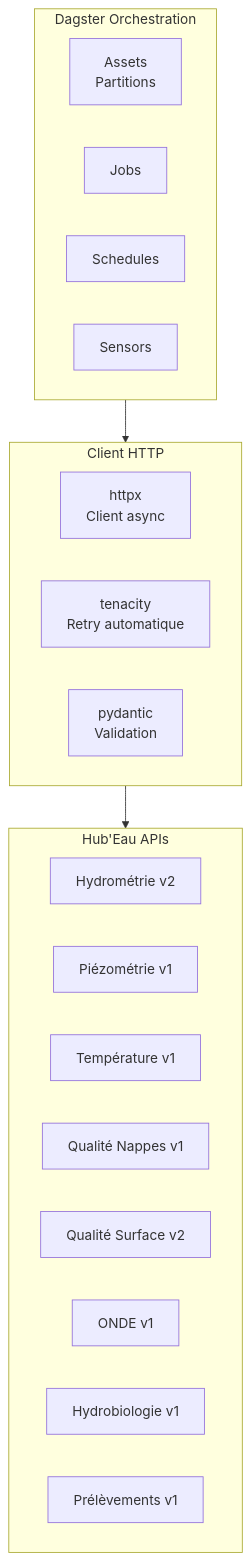
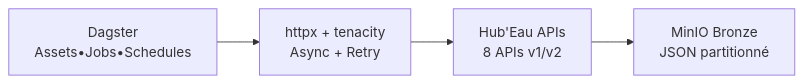
One commit to xairon/hubeau_data_integration changed the first of 2 diagrams in docs/ARCHITECTURE_MODERNE.md. Above: the diagram before and after it, drawn with Mermaid. The commit also changed other lines of this file and 6 other files, not shown here.

````diff
--- a/docs/ARCHITECTURE_MODERNE.md
+++ b/docs/ARCHITECTURE_MODERNE.md
@@ -11,29 +11,6 @@
 ```mermaid
-graph TB
-    subgraph Dagster["Dagster Orchestration"]
-        A[Assets<br/>Partitions]
-        J[Jobs]
-        S[Schedules]
-        SE[Sensors]
-    end
-    
-    subgraph Client["Client HTTP"]
-        HC[httpx<br/>Client async]
-        T[tenacity<br/>Retry automatique]
-        P[pydantic<br/>Validation]
-    end
-    
-    subgraph APIs["Hub'Eau APIs"]
-        API1[Hydrométrie v2]
-        API2[Piézométrie v1]
-        API3[Température v1]
-        API4[Qualité Nappes v1]
-        API5[Qualité Surface v2]
-        API6[ONDE v1]
-        API7[Hydrobiologie v1]
-        API8[Prélèvements v1]
-    end
-    
-    Dagster --> Client
-    Client --> APIs
+graph LR
+    A[Dagster<br/>Assets•Jobs•Schedules] --> B[httpx + tenacity<br/>Async + Retry]
+    B --> C[Hub'Eau APIs<br/>8 APIs v1/v2]
+    C --> D[MinIO Bronze<br/>JSON partitionné]
 ```
````
